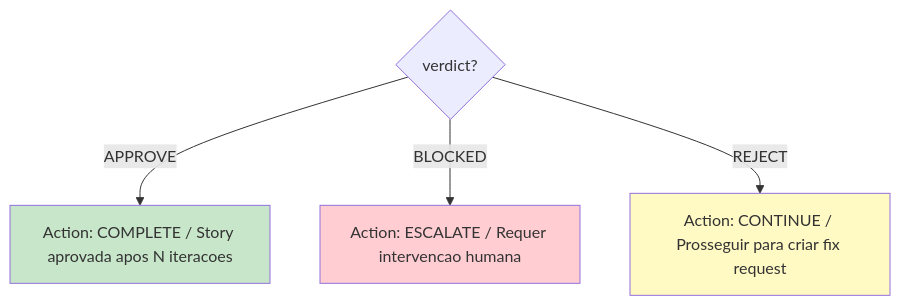
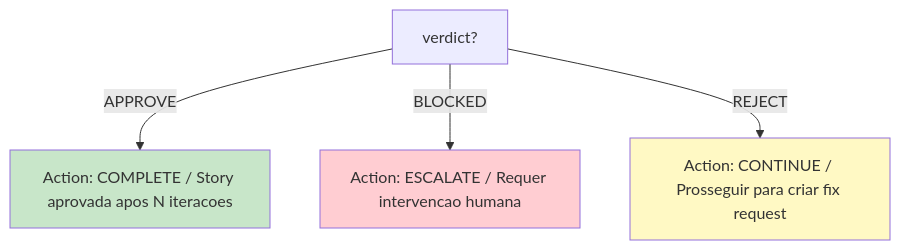
Before and after one commit to bychrisr/aios-docs: the fourth of 10 diagrams in content/en/docs/guides/workflows/QA-LOOP-WORKFLOW.mdx, drawn with Mermaid. The commit also changed other lines of this file and 40 other files, not shown here.

````diff
--- a/content/en/docs/guides/workflows/QA-LOOP-WORKFLOW.mdx
+++ b/content/en/docs/guides/workflows/QA-LOOP-WORKFLOW.mdx
@@ -277,12 +277,12 @@
 ```mermaid
 flowchart TD
-    V{"verdict?"}
+    V["verdict?"]
 
     V -->|"APPROVE"| A["Action: COMPLETE / Story aprovada apos N iteracoes"]
     V -->|"BLOCKED"| B["Action: ESCALATE / Requer intervencao humana"]
     V -->|"REJECT"| C["Action: CONTINUE / Prosseguir para criar fix request"]
 
     style A fill:#c8e6c9
     style B fill:#ffcdd2
     style C fill:#fff9c4
 ```
````
